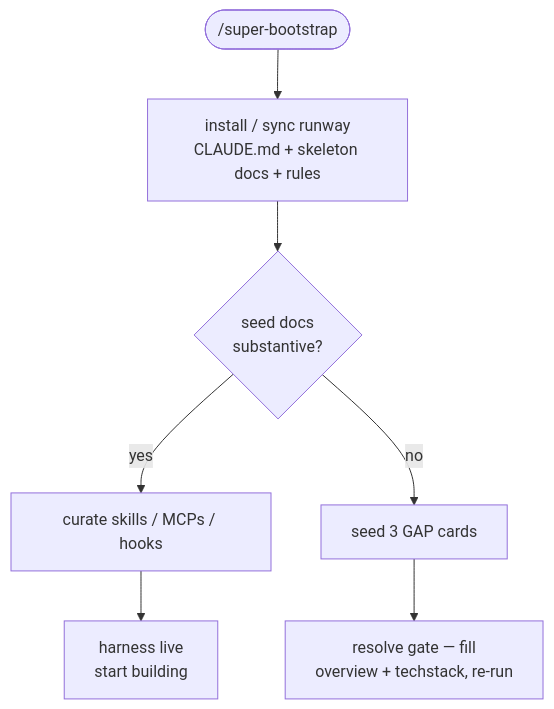
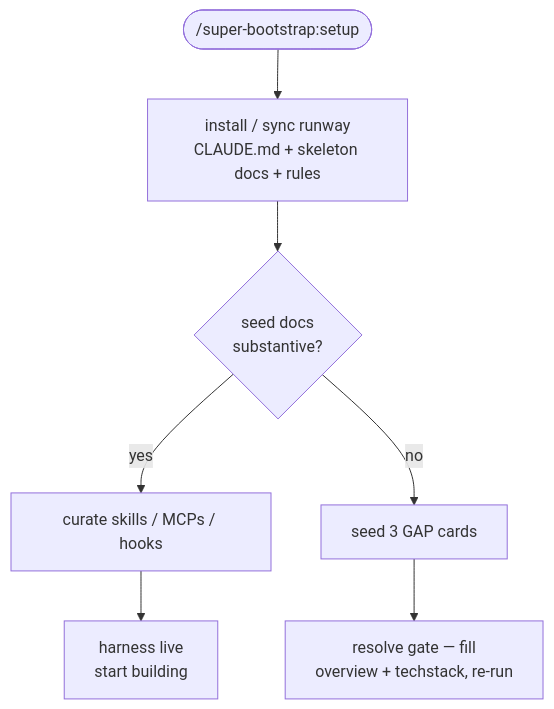
The diagram in README.md (RockyHong/super-bootstrap), drawn with Mermaid before and after one commit. The commit also changed other lines of this file and 11 other files, not shown here.

First line of the commit message:
feat!: rename entry skill to /super-bootstrap:setup (GAP-088)

````diff
--- a/README.md
+++ b/README.md
@@ -37,10 +37,10 @@
 ```mermaid
 flowchart TD
-    entry(["/super-bootstrap"])
+    entry(["/super-bootstrap:setup"])
     entry --> runway["install / sync runway<br/>CLAUDE.md + skeleton docs + rules"]
     runway --> gate{"seed docs<br/>substantive?"}
     gate -->|yes| curate["curate skills / MCPs / hooks"]
     gate -->|no| cards["seed 3 GAP cards"]
     cards --> hold["resolve gate — fill<br/>overview + techstack, re-run"]
     curate --> done["harness live<br/>start building"]
 ```
````
